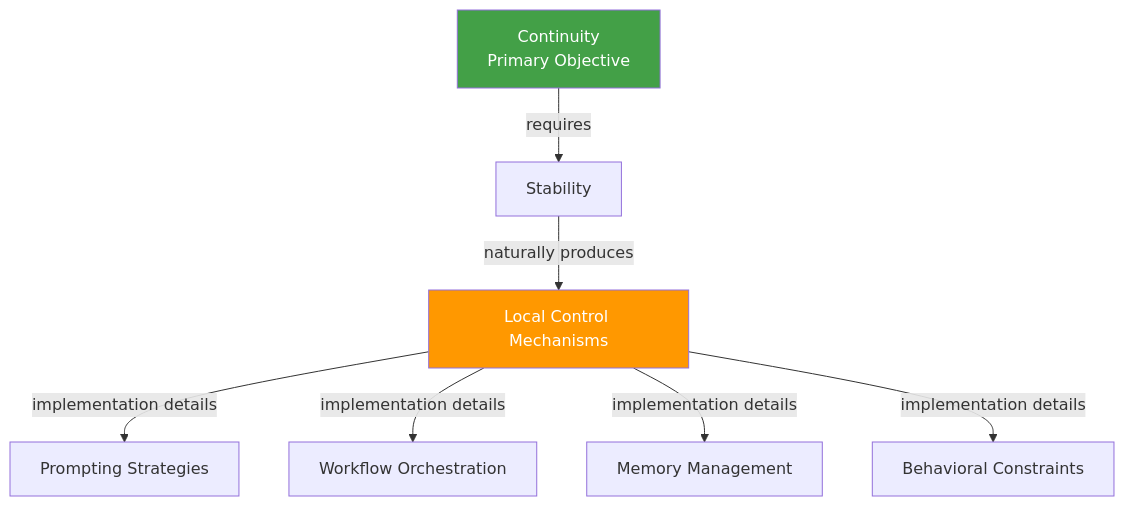
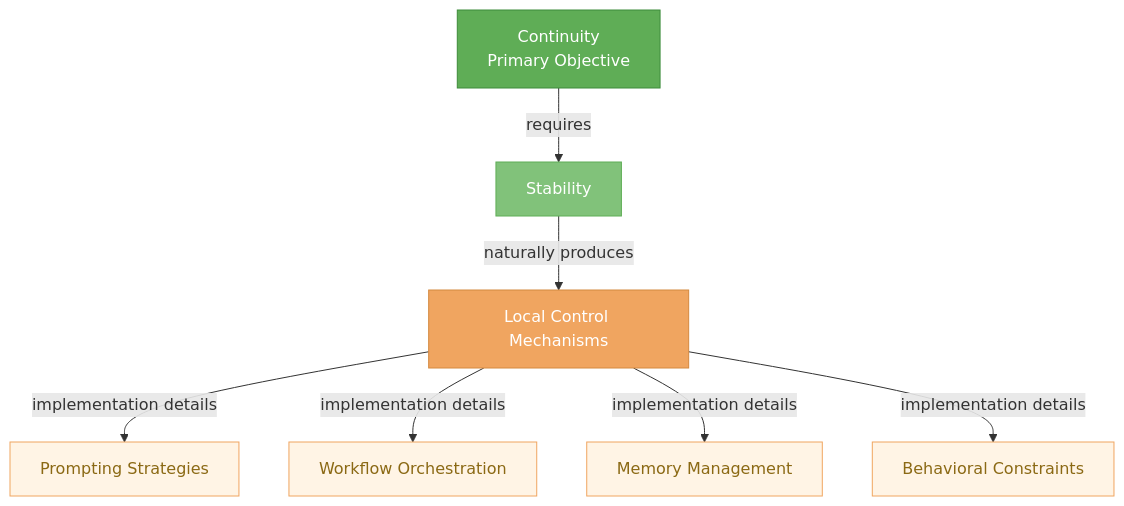
Before and after one commit to tellmewhattodo/cognitive-continuity-engineering: the fifth of 5 diagrams in README.md, drawn with Mermaid. The commit also changed other lines of this file, not shown here.

Commit message:
Fix Mermaid color palette for eye-friendly readability

````diff
--- a/README.md
+++ b/README.md
@@ -422,12 +432,17 @@
 ```mermaid
 flowchart TB
     C[Continuity<br/>Primary Objective] -->|requires| S[Stability]
     S -->|naturally produces| Ctrl[Local Control Mechanisms]
     Ctrl -->|implementation details| P1[Prompting Strategies]
     Ctrl -->|implementation details| P2[Workflow Orchestration]
     Ctrl -->|implementation details| P3[Memory Management]
     Ctrl -->|implementation details| P4[Behavioral Constraints]
     
-    style C fill:#43A047,color:#fff
-    style Ctrl fill:#FF9800,color:#fff
+    style C fill:#5FAD56,color:#fff,stroke:#3D8B3A
+    style S fill:#81C27A,color:#fff,stroke:#5FAD56
+    style Ctrl fill:#F0A560,color:#fff,stroke:#D4893E
+    style P1 fill:#FFF4E5,color:#8B6914,stroke:#F0A560
+    style P2 fill:#FFF4E5,color:#8B6914,stroke:#F0A560
+    style P3 fill:#FFF4E5,color:#8B6914,stroke:#F0A560
+    style P4 fill:#FFF4E5,color:#8B6914,stroke:#F0A560
 ```
````
